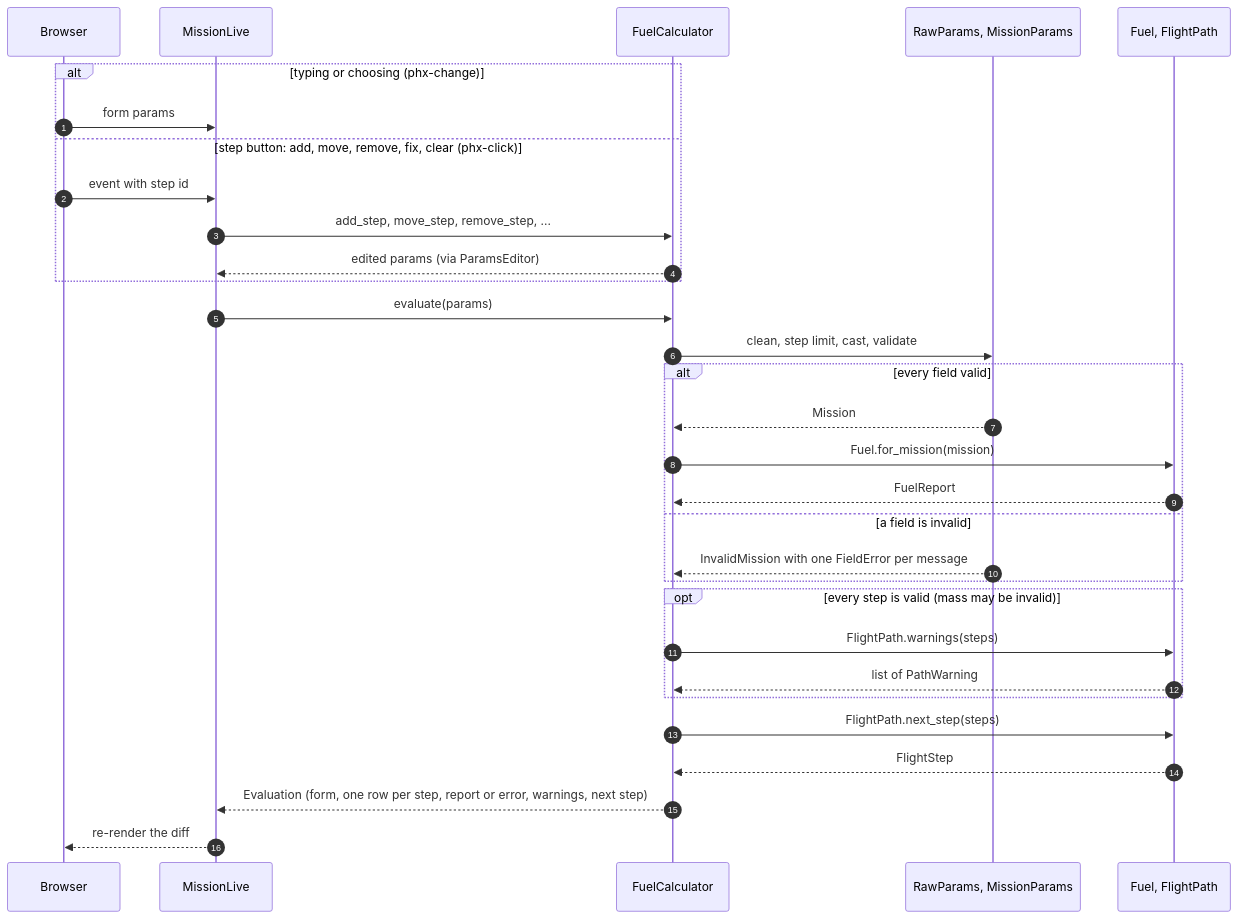
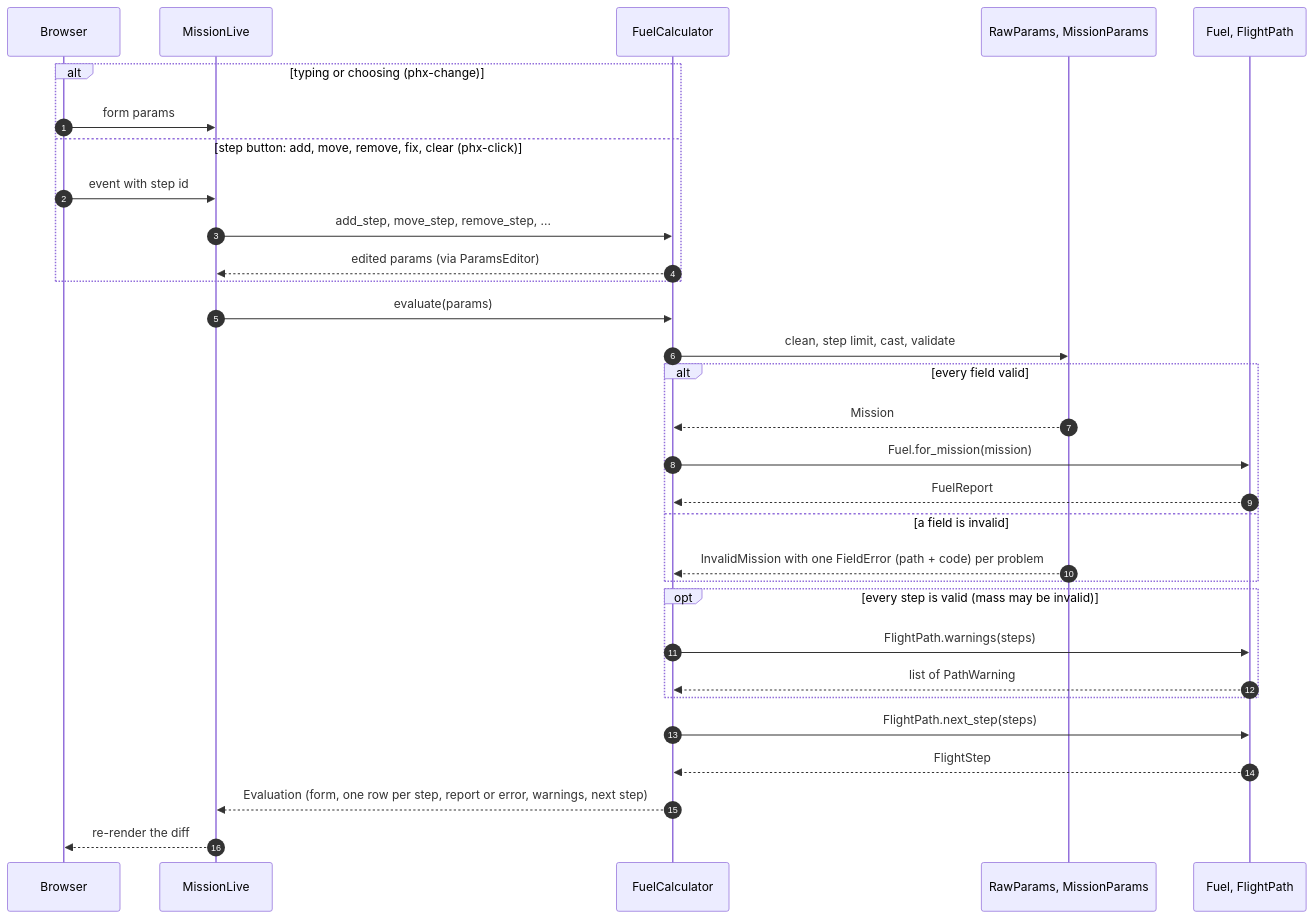
Before and after one commit to mariuszzak/fuel_calculator: the third of 3 diagrams in README.md, drawn with Mermaid. The commit also changed other lines of this file and 13 other files, not shown here.

````diff
--- a/README.md
+++ b/README.md
@@ -157,35 +157,35 @@
 ```mermaid
 sequenceDiagram
     autonumber
     participant B as Browser
     participant LV as MissionLive
     participant API as FuelCalculator
     participant MP as RawParams, MissionParams
     participant Core as Fuel, FlightPath
 
     alt typing or choosing (phx-change)
         B->>LV: form params
     else step button: add, move, remove, fix, clear (phx-click)
         B->>LV: event with step id
         LV->>API: add_step, move_step, remove_step, ...
         API-->>LV: edited params (via ParamsEditor)
     end
 
     LV->>API: evaluate(params)
     API->>MP: clean, step limit, cast, validate
     alt every field valid
         MP-->>API: Mission
         API->>Core: Fuel.for_mission(mission)
         Core-->>API: FuelReport
     else a field is invalid
-        MP-->>API: InvalidMission with one FieldError per message
+        MP-->>API: InvalidMission with one FieldError (path + code) per problem
     end
     opt every step is valid (mass may be invalid)
         API->>Core: FlightPath.warnings(steps)
         Core-->>API: list of PathWarning
     end
     API->>Core: FlightPath.next_step(steps)
     Core-->>API: FlightStep
     API-->>LV: Evaluation (form, one row per step, report or error, warnings, next step)
     LV-->>B: re-render the diff
 ```
````
